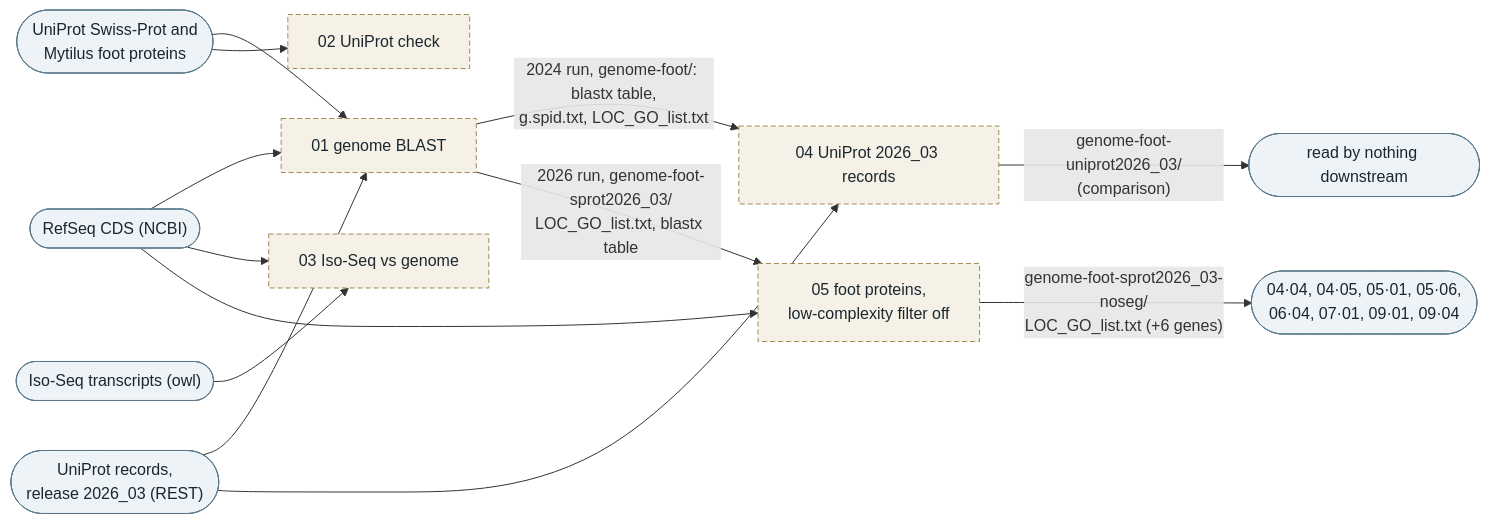
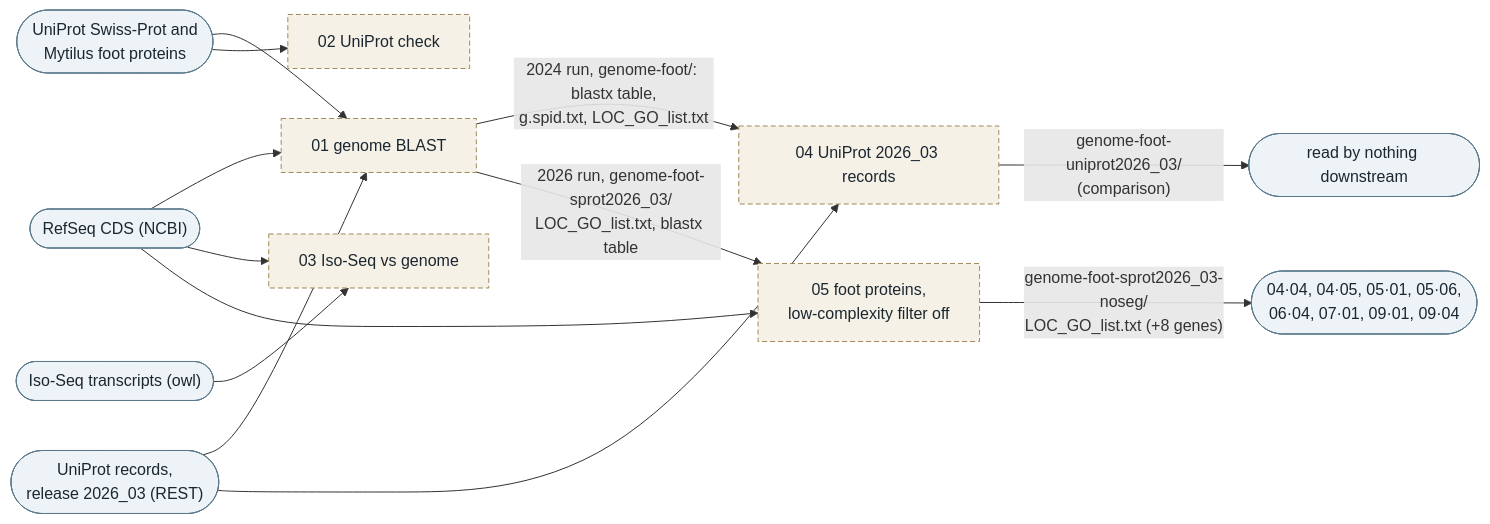
The third of 9 diagrams in README.md (mattgeorgephd/PSMFC-mytilus-byssus-pilot), drawn with Mermaid before and after one commit. The commit also changed other lines of this file and 9 other files, not shown here.

````diff
--- a/README.md
+++ b/README.md
@@ -237,28 +239,28 @@
 ```mermaid
 flowchart LR
   ncbi(["RefSeq CDS (NCBI)"])
   uni(["UniProt Swiss-Prot and<br>Mytilus foot proteins"])
   iso(["Iso-Seq transcripts (owl)"])
   rec(["UniProt records,<br>release 2026_03 (REST)"])
   b1["01 genome BLAST"]
   b2["02 UniProt check"]
   b3["03 Iso-Seq vs genome"]
   b4["04 UniProt 2026_03 records"]
   b5["05 foot proteins,<br>low-complexity filter off"]
   ncbi --> b1
   uni --> b1
   uni --> b2
   iso --> b3
   ncbi --> b3
   rec --> b1
   b1 -- "2024 run, genome-foot/: blastx table,<br>g.spid.txt, LOC_GO_list.txt" --> b4
   rec --> b4
   b4 -- "genome-foot-uniprot2026_03/<br>(comparison)" --> cmp(["read by nothing downstream"])
   b1 -- "2026 run, genome-foot-sprot2026_03/<br>LOC_GO_list.txt, blastx table" --> b5
   ncbi --> b5
-  b5 -- "genome-foot-sprot2026_03-noseg/<br>LOC_GO_list.txt (+6 genes)" --> out(["04·04, 04·05, 05·01, 05·06,<br>06·04, 07·01, 09·01, 09·04"])
+  b5 -- "genome-foot-sprot2026_03-noseg/<br>LOC_GO_list.txt (+8 genes)" --> out(["04·04, 04·05, 05·01, 05·06,<br>06·04, 07·01, 09·01, 09·04"])
   classDef ext fill:#eef3f7,stroke:#5b7a8c,color:#1b2730
   classDef off fill:#f6f1e6,stroke:#a08a5a,stroke-dasharray:5 3,color:#1b2730
   class ncbi,uni,iso,rec,out,cmp ext
   class b1,b2,b3,b4,b5 off
 ```
````
